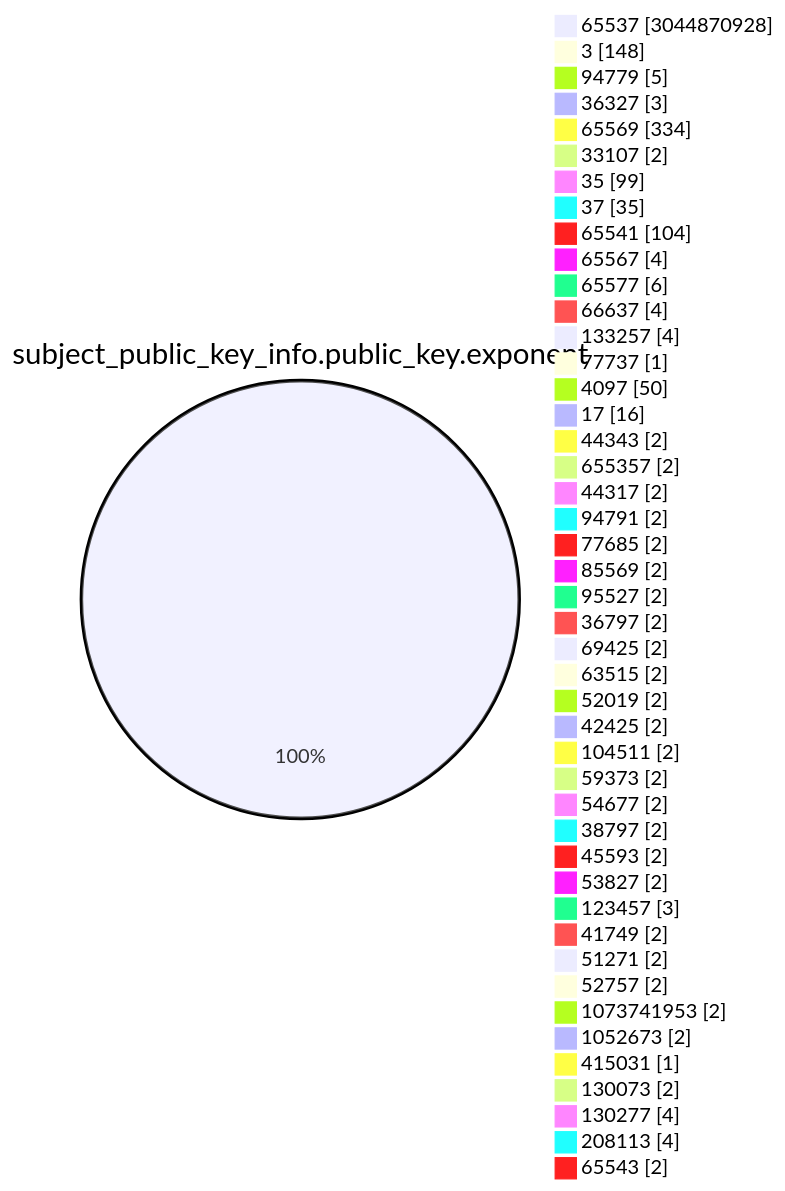
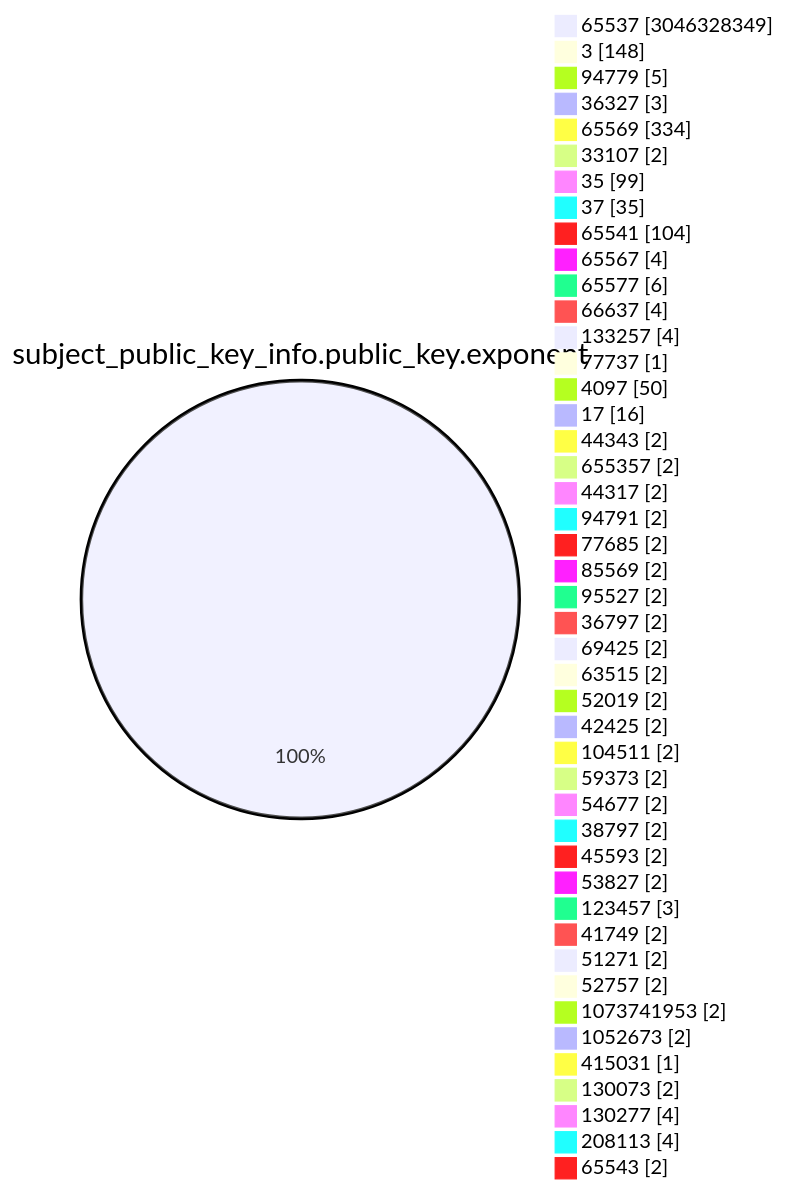
Before and after one commit to christiankrug/ctmonitor_visualization: the fourth of 15 diagrams in TOTAL/README.md, drawn with Mermaid. The commit also changed other lines of this file, not shown here.

````diff
--- a/TOTAL/README.md
+++ b/TOTAL/README.md
@@ -1473,49 +1473,49 @@
 ```mermaid
 pie showData
 title subject_public_key_info.public_key.exponent
-"65537" :3044870928
+"65537" :3046328349
 "3" :148
 "94779" :5
 "36327" :3
 "65569" :334
 "33107" :2
 "35" :99
 "37" :35
 "65541" :104
 "65567" :4
 "65577" :6
 "66637" :4
 "133257" :4
 "77737" :1
 "4097" :50
 "17" :16
 "44343" :2
 "655357" :2
 "44317" :2
 "94791" :2
 "77685" :2
 "85569" :2
 "95527" :2
 "36797" :2
 "69425" :2
 "63515" :2
 "52019" :2
 "42425" :2
 "104511" :2
 "59373" :2
 "54677" :2
 "38797" :2
 "45593" :2
 "53827" :2
 "123457" :3
 "41749" :2
 "51271" :2
 "52757" :2
 "1073741953" :2
 "1052673" :2
 "415031" :1
 "130073" :2
 "130277" :4
 "208113" :4
 "65543" :2
 ```
````
